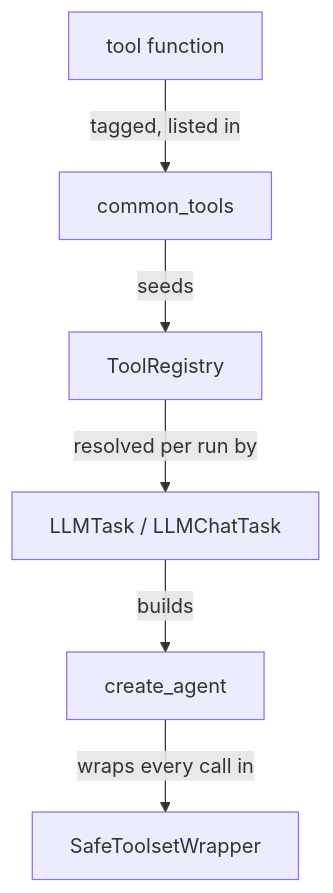
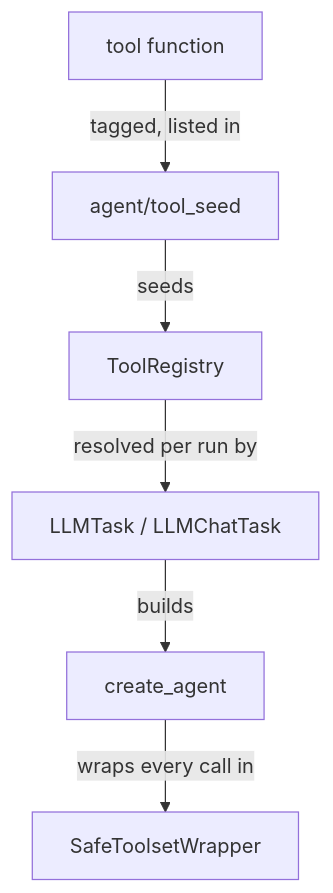
One commit to state-alchemists/zrb changed the first of 2 diagrams in docs/architecture/2-extension-surface/tools.md. Above: the diagram before and after it, drawn with Mermaid. The commit also changed other lines of this file and 17 other files, not shown here.

First line of the commit message:
Take an agent hook's tools from the engine's registry

````diff
--- a/docs/architecture/2-extension-surface/tools.md
+++ b/docs/architecture/2-extension-surface/tools.md
@@ -59,8 +59,8 @@
 ```mermaid
 flowchart TD
-    Fn[tool function] -->|tagged, listed in| Common[common_tools]
-    Common -->|seeds| Registry[ToolRegistry]
+    Fn[tool function] -->|tagged, listed in| Seed[agent/tool_seed]
+    Seed -->|seeds| Registry[ToolRegistry]
     Registry -->|resolved per run by| Task[LLMTask / LLMChatTask]
     Task -->|builds| Agent[create_agent]
     Agent -->|wraps every call in| Gate[SafeToolsetWrapper]
 ```
````
